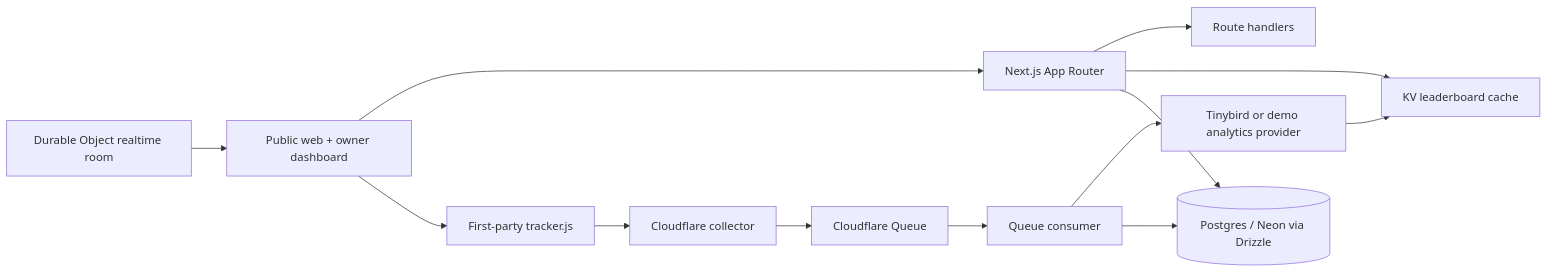
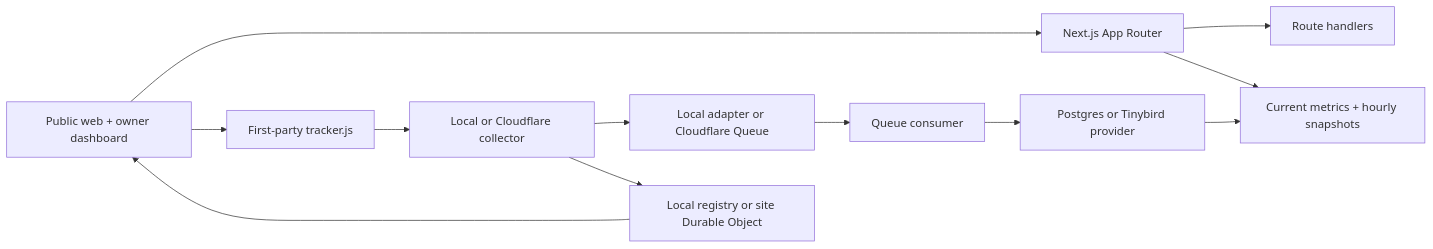
Before and after one commit to Simonjay85/surgeindex: the diagram in README.md, drawn with Mermaid. The commit also changed other lines of this file and 88 other files, not shown here.

````diff
--- a/README.md
+++ b/README.md
@@ -51,15 +55,14 @@
 ```mermaid
 flowchart LR
   Browser[Public web + owner dashboard] --> Next[Next.js App Router]
   Browser --> Tracker[First-party tracker.js]
   Next --> API[Route handlers]
-  Tracker --> Collector[Cloudflare collector]
-  Collector --> Queue[Cloudflare Queue]
+  Tracker --> Collector[Local or Cloudflare collector]
+  Collector --> Queue[Local adapter or Cloudflare Queue]
   Queue --> Consumer[Queue consumer]
-  Consumer --> Analytics[Tinybird or demo analytics provider]
-  Analytics --> Cache[KV leaderboard cache]
-  Next --> Cache
-  Next --> DB[(Postgres / Neon via Drizzle)]
-  Consumer --> DB
-  Realtime[Durable Object realtime room] --> Browser
+  Consumer --> Analytics[Postgres or Tinybird provider]
+  Analytics --> Aggregates[Current metrics + hourly snapshots]
+  Next --> Aggregates
+  Collector --> Realtime[Local registry or site Durable Object]
+  Realtime --> Browser
 ```
````
